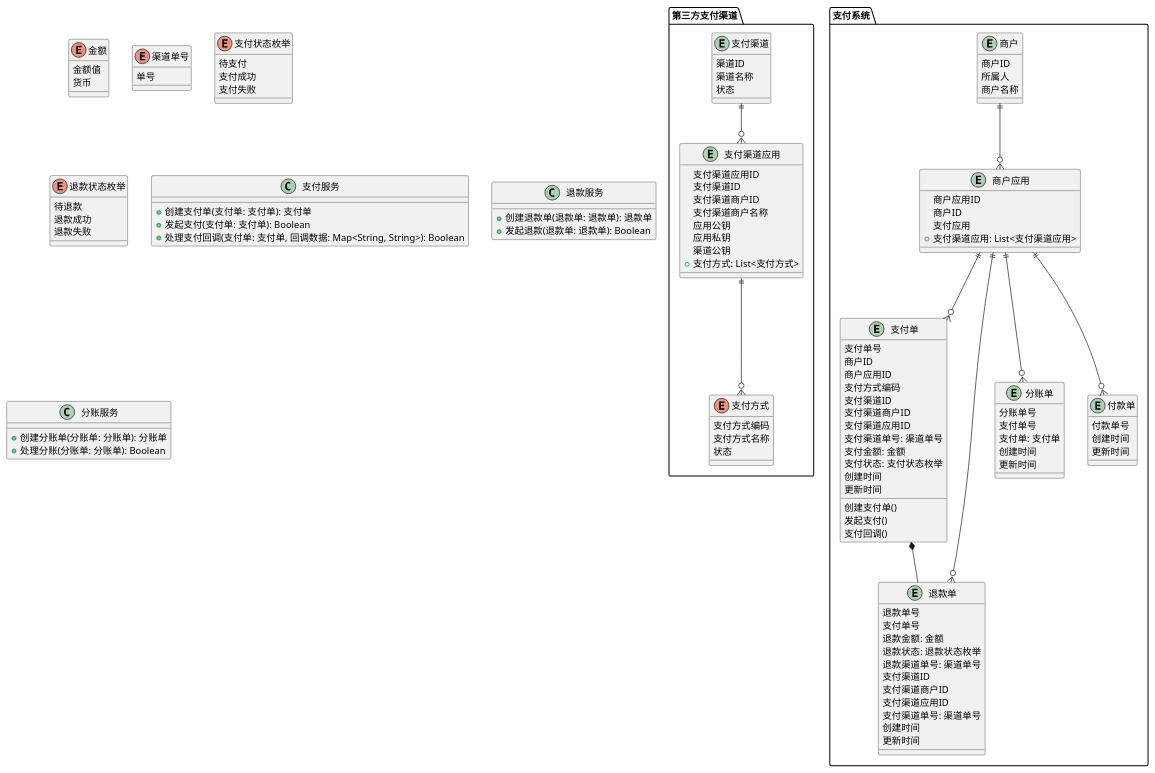
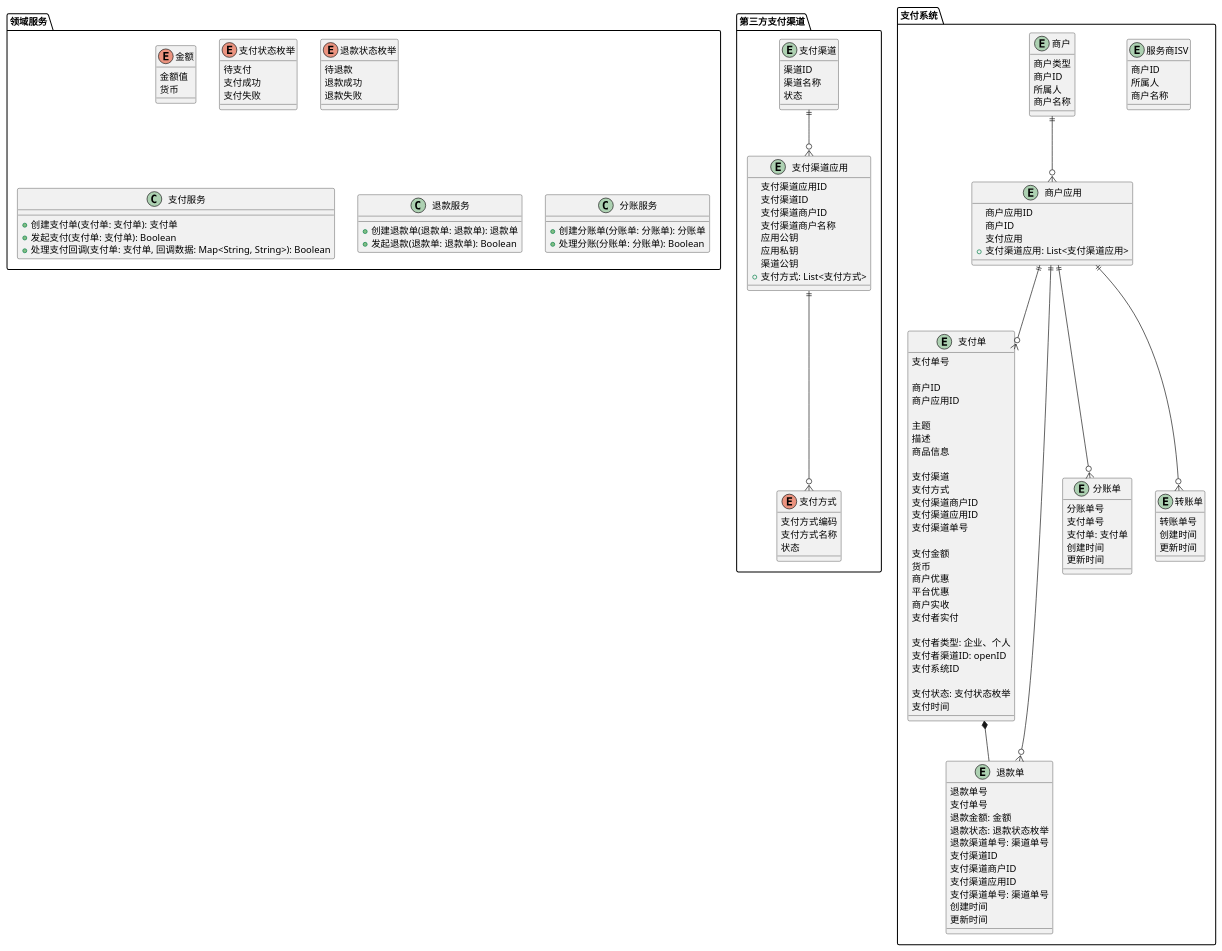
Before and after one commit to red-jasmine/payment: the diagram in 领域模型.puml, drawn with PlantUML. The commit also changed 17 other files, not shown here.

```diff
--- a/领域模型.puml
+++ b/领域模型.puml
@@ -1,140 +1,164 @@
 @startuml
 'https://plantuml.com/class-diagram
 
 package 第三方支付渠道{
     enum 支付方式{
         支付方式编码
         支付方式名称
         状态
     }
 
     entity 支付渠道{
         渠道ID
         渠道名称
         状态
     }
 
     entity 支付渠道应用{
         支付渠道应用ID
         支付渠道ID
         支付渠道商户ID
         支付渠道商户名称
         应用公钥
         应用私钥
         渠道公钥
         +支付方式: List<支付方式>
     }
 }
 
 package 支付系统{
+   entity 服务商ISV{
+        商户ID
+        所属人
+        商户名称
+    }
+
     entity 商户{
+        商户类型
         商户ID
         所属人
         商户名称
     }
 
     entity 商户应用{
         商户应用ID
         商户ID
         支付应用
         +支付渠道应用: List<支付渠道应用>
     }
 
     entity 支付单{
         支付单号
+
+        '商户
         商户ID
         商户应用ID
-        支付方式编码
-        支付渠道ID
+
+        主题
+        描述
+        商品信息
+
+        '支付渠道
+        支付渠道
+        支付方式
         支付渠道商户ID
         支付渠道应用ID
-        支付渠道单号: 渠道单号
-        支付金额: 金额
+        支付渠道单号
+
+        ' 金额
+        支付金额
+        货币
+        商户优惠
+        平台优惠
+        商户实收
+        支付者实付
+
+        ' 支付者
+        支付者类型: 企业、个人
+        支付者渠道ID: openID
+        支付系统ID
+
         支付状态: 支付状态枚举
-        创建时间
-        更新时间
-        创建支付单()
-        发起支付()
-        支付回调()
+        支付时间
+
     }
 
     entity 退款单{
         退款单号
         支付单号
         退款金额: 金额
         退款状态: 退款状态枚举
         退款渠道单号: 渠道单号
         支付渠道ID
         支付渠道商户ID
         支付渠道应用ID
         支付渠道单号: 渠道单号
         创建时间
         更新时间
     }
 
     entity 分账单{
         分账单号
         支付单号
         支付单: 支付单
         创建时间
         更新时间
     }
 
-    entity 付款单{
-        付款单号
+    entity 转账单{
+        转账单号
         创建时间
         更新时间
     }
 
     商户应用 ||--o{ 支付单
-    商户应用 ||--o{ 付款单
+    商户应用 ||--o{ 转账单
     商户应用 ||--o{ 退款单
     商户应用 ||--o{ 分账单
 
     支付单 *-- 退款单
 
     商户 ||--o{ 商户应用
 
     支付渠道 ||--o{ 支付渠道应用
 
     支付渠道应用 ||--o{ 支付方式
 }
 
-enum 金额 {
-    金额值
-    货币
+package 领域服务{
+
+    enum 金额 {
+        金额值
+        货币
+    }
+
+
+    enum 支付状态枚举 {
+        待支付
+        支付成功
+        支付失败
+    }
+
+    enum 退款状态枚举 {
+        待退款
+        退款成功
+        退款失败
+    }
+
+    class 支付服务 {
+        +创建支付单(支付单: 支付单): 支付单
+        +发起支付(支付单: 支付单): Boolean
+        +处理支付回调(支付单: 支付单, 回调数据: Map<String, String>): Boolean
+    }
+
+    class 退款服务 {
+        +创建退款单(退款单: 退款单): 退款单
+        +发起退款(退款单: 退款单): Boolean
+    }
+
+    class 分账服务 {
+        +创建分账单(分账单: 分账单): 分账单
+        +处理分账(分账单: 分账单): Boolean
+    }
 }
-
-enum 渠道单号 {
-    单号
-}
-
-enum 支付状态枚举 {
-    待支付
-    支付成功
-    支付失败
-}
-
-enum 退款状态枚举 {
-    待退款
-    退款成功
-    退款失败
-}
-
-class 支付服务 {
-    +创建支付单(支付单: 支付单): 支付单
-    +发起支付(支付单: 支付单): Boolean
-    +处理支付回调(支付单: 支付单, 回调数据: Map<String, String>): Boolean
-}
-
-class 退款服务 {
-    +创建退款单(退款单: 退款单): 退款单
-    +发起退款(退款单: 退款单): Boolean
-}
-
-class 分账服务 {
-    +创建分账单(分账单: 分账单): 分账单
-    +处理分账(分账单: 分账单): Boolean
-}
-
 @enduml
```
